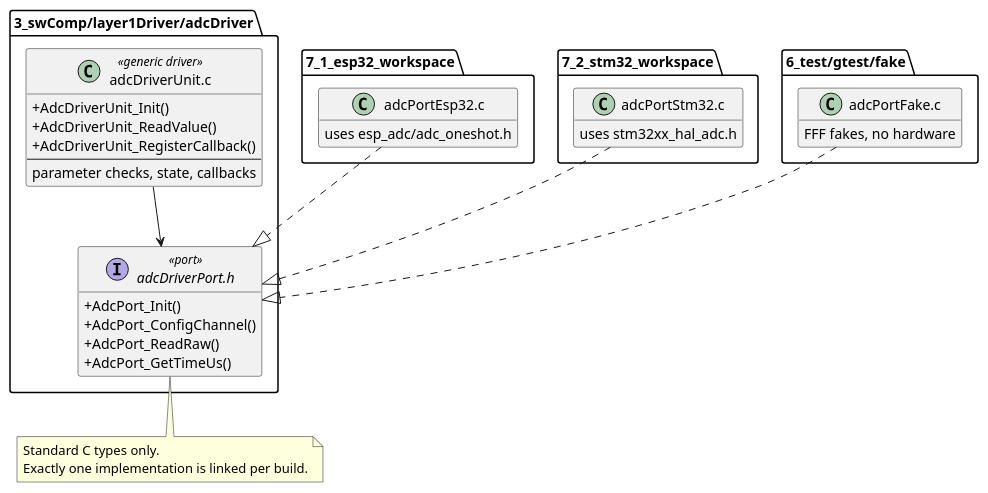
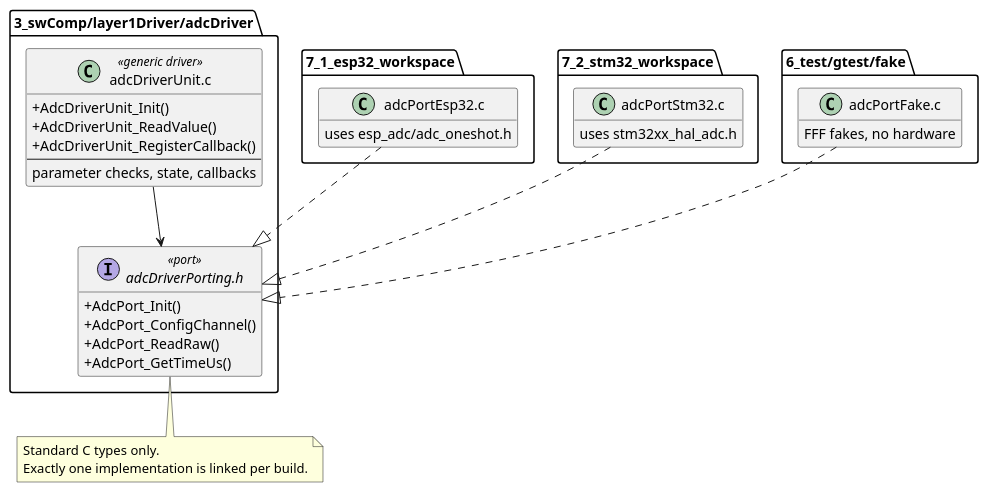
One commit to LinhTrucVo/Bico_Protocol_Bridge changed the diagram in 2_architecture/deploymentView/portInterface.puml. Above: the diagram before and after it, drawn with PlantUML. The commit also changed 48 other files, not shown here.

```diff
--- a/2_architecture/deploymentView/portInterface.puml
+++ b/2_architecture/deploymentView/portInterface.puml
@@ -1,48 +1,48 @@
 @startuml portInterface
 skinparam classAttributeIconSize 0
 hide empty members
 
 package "3_swComp/layer1Driver/adcDriver" {
   class "adcDriverUnit.c" as ADC <<generic driver>> {
     + AdcDriverUnit_Init()
     + AdcDriverUnit_ReadValue()
     + AdcDriverUnit_RegisterCallback()
     --
     parameter checks, state, callbacks
   }
-  interface "adcDriverPort.h" as PORT <<port>> {
+  interface "adcDriverPorting.h" as PORT <<port>> {
     + AdcPort_Init()
     + AdcPort_ConfigChannel()
     + AdcPort_ReadRaw()
     + AdcPort_GetTimeUs()
   }
   ADC --> PORT
 }
 
 package "7_1_esp32_workspace" {
   class "adcPortEsp32.c" as ESP {
     uses esp_adc/adc_oneshot.h
   }
 }
 
 package "7_2_stm32_workspace" {
   class "adcPortStm32.c" as STM {
     uses stm32xx_hal_adc.h
   }
 }
 
 package "6_test/gtest/fake" {
   class "adcPortFake.c" as FAKE {
     FFF fakes, no hardware
   }
 }
 
 ESP ..|> PORT
 STM ..|> PORT
 FAKE ..|> PORT
 
 note bottom of PORT
   Standard C types only.
   Exactly one implementation is linked per build.
 end note
 @enduml
```
